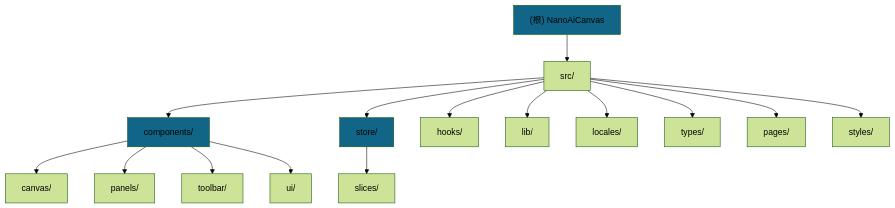
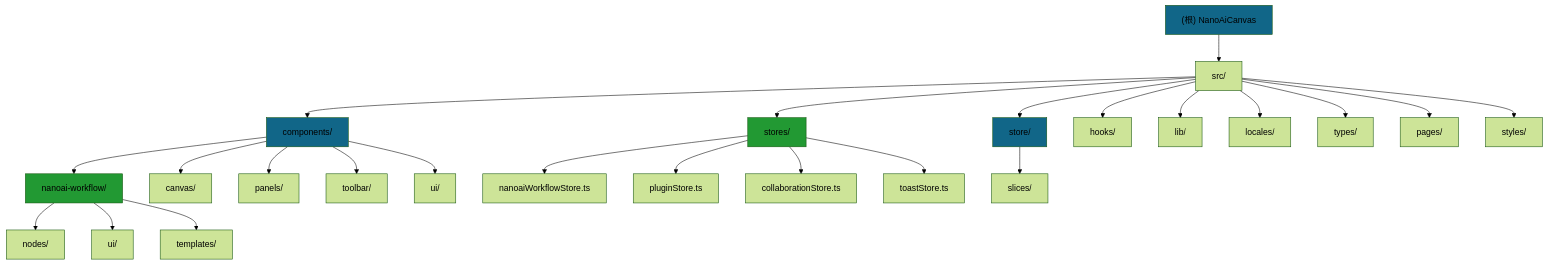
Before and after one commit to changzhi777/NanoAiCanvas_workflow: the third of 4 diagrams in CLAUDE.md, drawn with Mermaid (forest theme). The commit also changed other lines of this file and 73 other files, not shown here.

````diff
--- a/CLAUDE.md
+++ b/CLAUDE.md
@@ -159,23 +186,42 @@
 ```mermaid
 graph TD
     A["(根) NanoAiCanvas"] --> B["src/"];
     B --> C["components/"];
-    B --> D["store/"];
-    B --> E["hooks/"];
-    B --> F["lib/"];
-    B --> G["locales/"];
-    B --> H["types/"];
-    B --> I["pages/"];
-    B --> J["styles/"];
+    B --> D["stores/"];
+    B --> E["store/"];
+    B --> F["hooks/"];
+    B --> G["lib/"];
+    B --> H["locales/"];
+    B --> I["types/"];
+    B --> J["pages/"];
+    B --> K["styles/"];
 
-    C --> K["canvas/"];
-    C --> L["panels/"];
-    C --> M["toolbar/"];
-    C --> N["ui/"];
+    C --> L["nanoai-workflow/"];
+    C --> M["canvas/"];
+    C --> N["panels/"];
+    C --> O["toolbar/"];
+    C --> P["ui/"];
 
-    D --> O["slices/"];
+    L --> Q["nodes/"];
+    L --> R["ui/"];
+    L --> S["templates/"];
+
+    D --> T["nanoaiWorkflowStore.ts"];
+    D --> U["pluginStore.ts"];
+    D --> V["collaborationStore.ts"];
+    D --> W["toastStore.ts"];
+
+    E --> X["slices/"];
+
+    click L "./src/components/nanoai-workflow/CLAUDE.md" "查看 Workflow 模块文档"
+    click M "./src/components/canvas/CLAUDE.md" "查看 Canvas 模块文档"
+    click N "./src/components/panels/CLAUDE.md" "查看 Panels 模块文档"
+    click E "./src/store/CLAUDE.md" "查看 Redux Store 模块文档"
+    click D "./src/stores/CLAUDE.md" "查看 Zustand Stores 模块文档"
 
     style A fill:#168,70%,45%
     style C fill:#168,80%,55%
-    style D fill:#168,80%,55%
+    style D fill:#293,80%,60%
+    style E fill:#168,80%,55%
+    style L fill:#293,90%,65%
 ```
````
